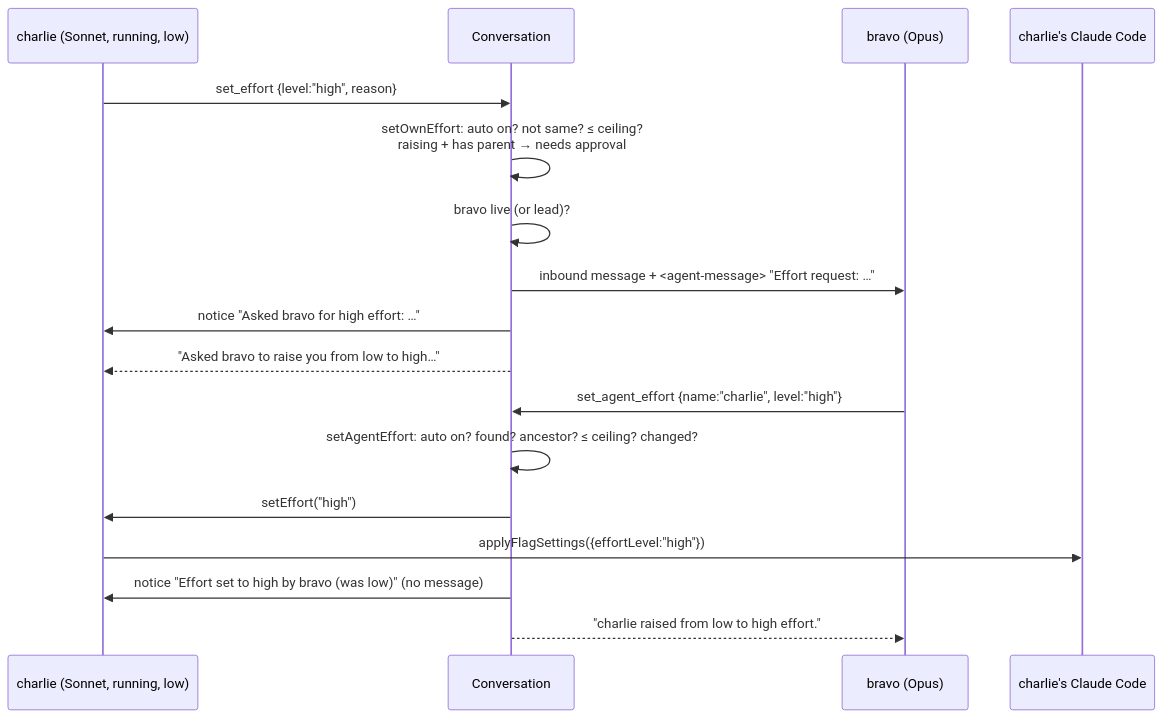
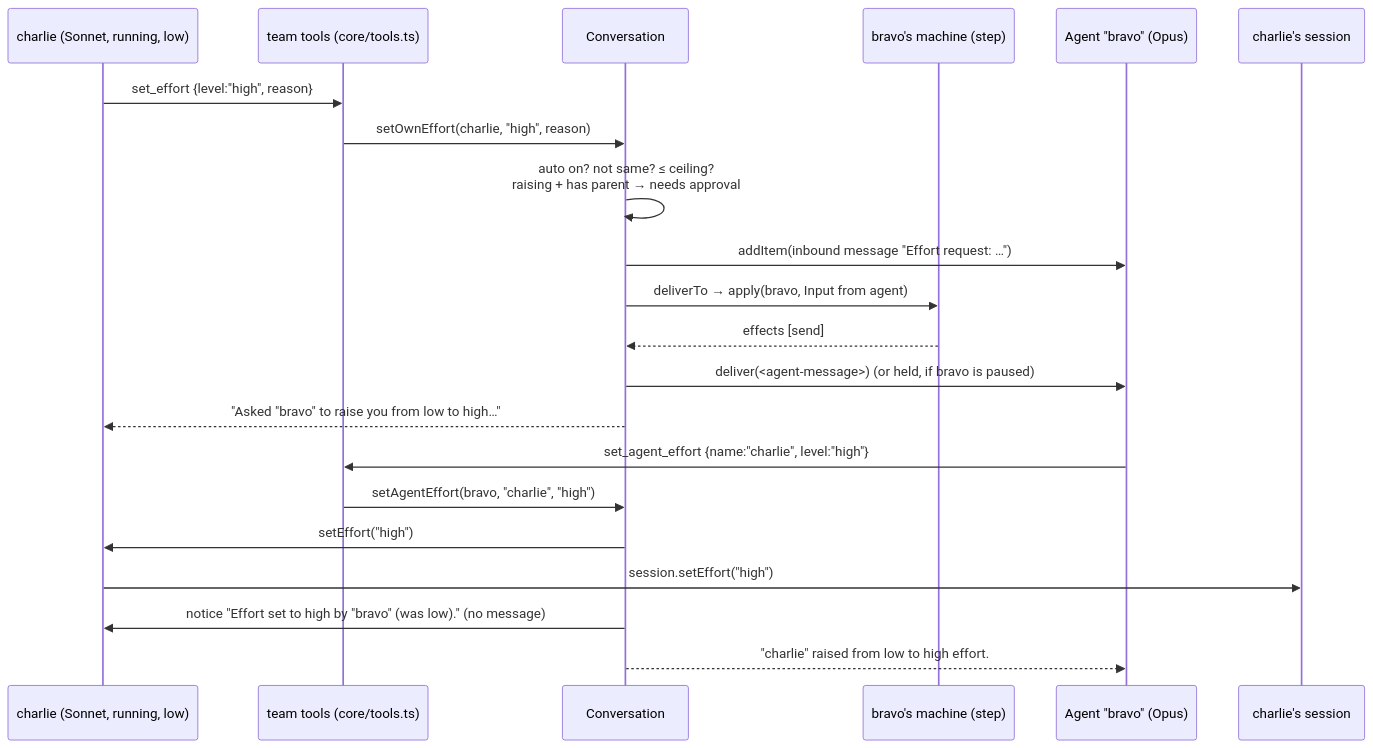
The diagram in docs/wiki/Walkthrough-Effort-Request.md (Luxorium/masthead), drawn with Mermaid before and after one commit. The commit also changed other lines of this file and 103 other files, not shown here.

Commit message:
0.2.0: settings view with teams, agent programs and remote access; device sign-out and role-aware page; docs for security and remote access; review fixes

````diff
--- a/docs/wiki/Walkthrough-Effort-Request.md
+++ b/docs/wiki/Walkthrough-Effort-Request.md
@@ -7,19 +7,23 @@
 ```mermaid
 sequenceDiagram
   participant P as charlie (Sonnet, running, low)
+  participant T as team tools (core/tools.ts)
   participant C as Conversation
-  participant R as bravo (Opus)
-  participant PCC as charlie's Claude Code
-  P->>C: set_effort {level:"high", reason}
-  C->>C: setOwnEffort: auto on? not same? ≤ ceiling?<br/>raising + has parent → needs approval
-  C->>C: bravo live (or lead)?
-  C->>R: inbound message + <agent-message> "Effort request: …"
-  C->>P: notice "Asked bravo for high effort: …"
-  C-->>P: "Asked bravo to raise you from low to high…"
-  R->>C: set_agent_effort {name:"charlie", level:"high"}
-  C->>C: setAgentEffort: auto on? found? ancestor? ≤ ceiling? changed?
+  participant M as bravo's machine (step)
+  participant R as Agent "bravo" (Opus)
+  participant PS as charlie's session
+  P->>T: set_effort {level:"high", reason}
+  T->>C: setOwnEffort(charlie, "high", reason)
+  C->>C: auto on? not same? ≤ ceiling?<br/>raising + has parent → needs approval
+  C->>R: addItem(inbound message "Effort request: …")
+  C->>M: deliverTo → apply(bravo, Input from agent)
+  M-->>C: effects [send]
+  C->>R: deliver(<agent-message>) (or held, if bravo is paused)
+  C-->>P: "Asked "bravo" to raise you from low to high…"
+  R->>T: set_agent_effort {name:"charlie", level:"high"}
+  T->>C: setAgentEffort(bravo, "charlie", "high")
   C->>P: setEffort("high")
-  P->>PCC: applyFlagSettings({effortLevel:"high"})
-  C->>P: notice "Effort set to high by bravo (was low)" (no message)
-  C-->>R: "charlie raised from low to high effort."
+  P->>PS: session.setEffort("high")
+  C->>P: notice "Effort set to high by "bravo" (was low)." (no message)
+  C-->>R: "charlie" raised from low to high effort.
 ```
````
